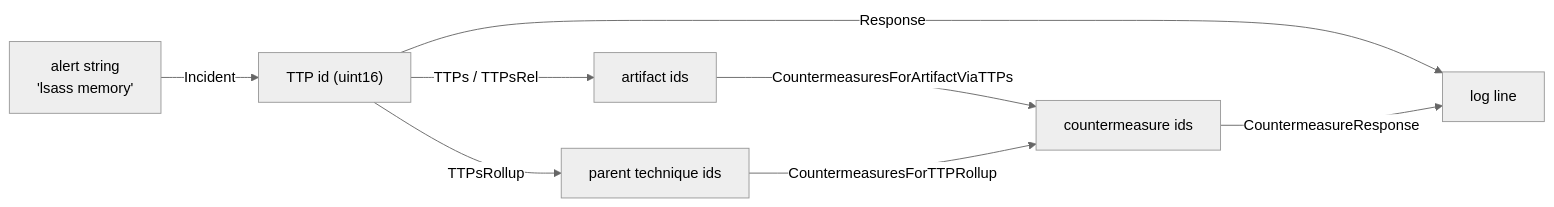
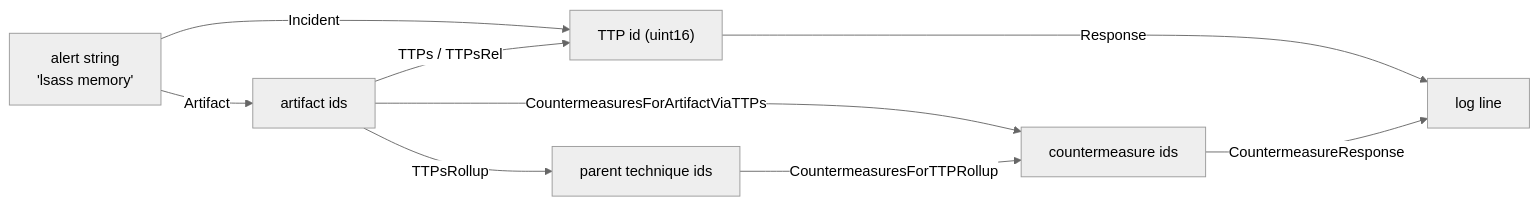
Before and after one commit to fr0g-66723067-io/gr4ph: the diagram in README.md, drawn with Mermaid (neutral theme). The commit also changed other lines of this file and 6 other files, not shown here.

````diff
--- a/README.md
+++ b/README.md
@@ -52,10 +52,11 @@
 ```mermaid
 flowchart LR
   A["alert string<br/>'lsass memory'"] -->|Incident| B["TTP id (uint16)"]
-  B -->|TTPs / TTPsRel| C["artifact ids"]
-  B -->|TTPsRollup| D["parent technique ids"]
+  A -->|Artifact| C["artifact ids"]
+  C -->|TTPs / TTPsRel| B
+  C -->|TTPsRollup| D["parent technique ids"]
   C -->|CountermeasuresForArtifactViaTTPs| E["countermeasure ids"]
   D -->|CountermeasuresForTTPRollup| E
   B -->|Response| F["log line"]
   E -->|CountermeasureResponse| F
 ```
````
